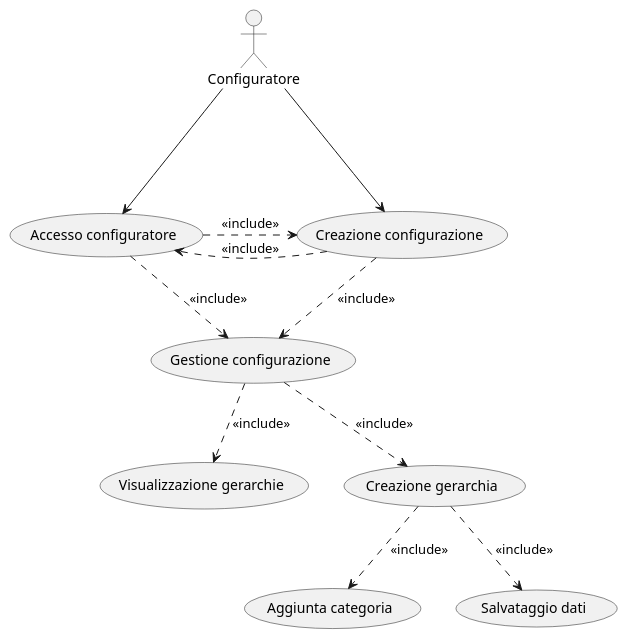
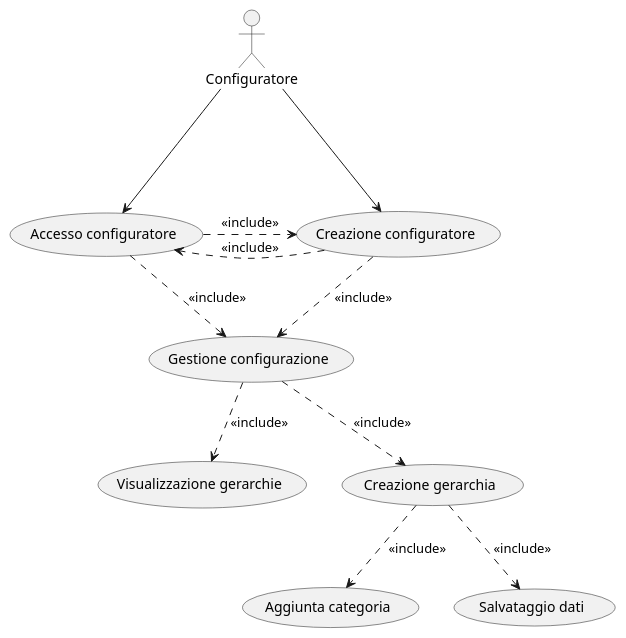
One commit to eletoo/inge_del_software changed the diagram in doc/uml/version1/puml/Use case diagram-Version1.0.puml. Above: the diagram before and after it, drawn with PlantUML. The commit also changed 7 other files, not shown here.

```diff
--- a/doc/uml/version1/puml/Use case diagram-Version1.0.puml
+++ b/doc/uml/version1/puml/Use case diagram-Version1.0.puml
@@ -1,28 +1,28 @@
 @startuml
 'https://plantuml.com/use-case-diagram
 
 :Configuratore: as Admin
 (Accesso configuratore) as (Use1)
-(Creazione configurazione) as (Use2)
+(Creazione configuratore) as (Use2)
 
 Admin ---> (Use1)
 Admin ---> (Use2)
 
 (Use1) .right.> (Use2): <<include>>
 (Use2) .right.> (Use1): <<include>>
 
 (Gestione configurazione) as (Use3)
 (Use1) ..> (Use3): <<include>>
 (Use2) ..> (Use3): <<include>>
 
 (Visualizzazione gerarchie) as (Use4)
 (Creazione gerarchia) as (Use5)
 (Aggiunta categoria) as (Use6)
 (Salvataggio dati) as (Use7)
 
 (Use3)..>(Use4): <<include>>
 (Use3)..>(Use5): <<include>>
 (Use5)..>(Use6): <<include>>
 (Use5)..>(Use7): <<include>>
 
 @enduml
```
